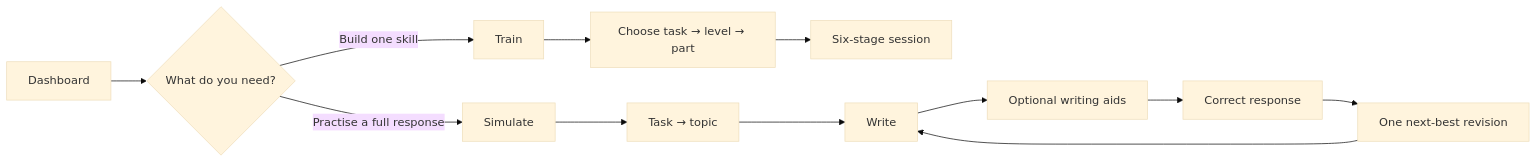
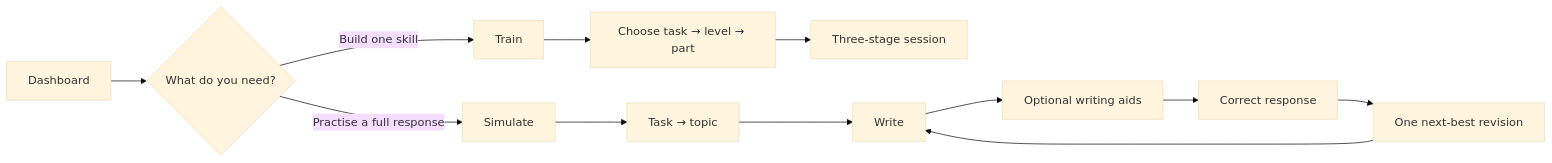
The second of 2 diagrams in docs/ux-audit.md (git-alves/TCFHelper), drawn with Mermaid (base theme) before and after one commit. The commit also changed other lines of this file and 1 other file, not shown here.

Commit message:
Update remaining six-stage references to three-stage

````diff
--- a/docs/ux-audit.md
+++ b/docs/ux-audit.md
@@ -254,14 +254,14 @@
 ```mermaid
 flowchart LR
   A[Dashboard] --> B{What do you need?}
   B -->|Build one skill| C[Train]
   B -->|Practise a full response| D[Simulate]
   C --> E[Choose task → level → part]
-  E --> F[Six-stage session]
+  E --> F[Three-stage session]
   D --> G[Task → topic]
   G --> H[Write]
   H --> I[Optional writing aids]
   I --> J[Correct response]
   J --> K[One next-best revision]
   K --> H
 ```
````
